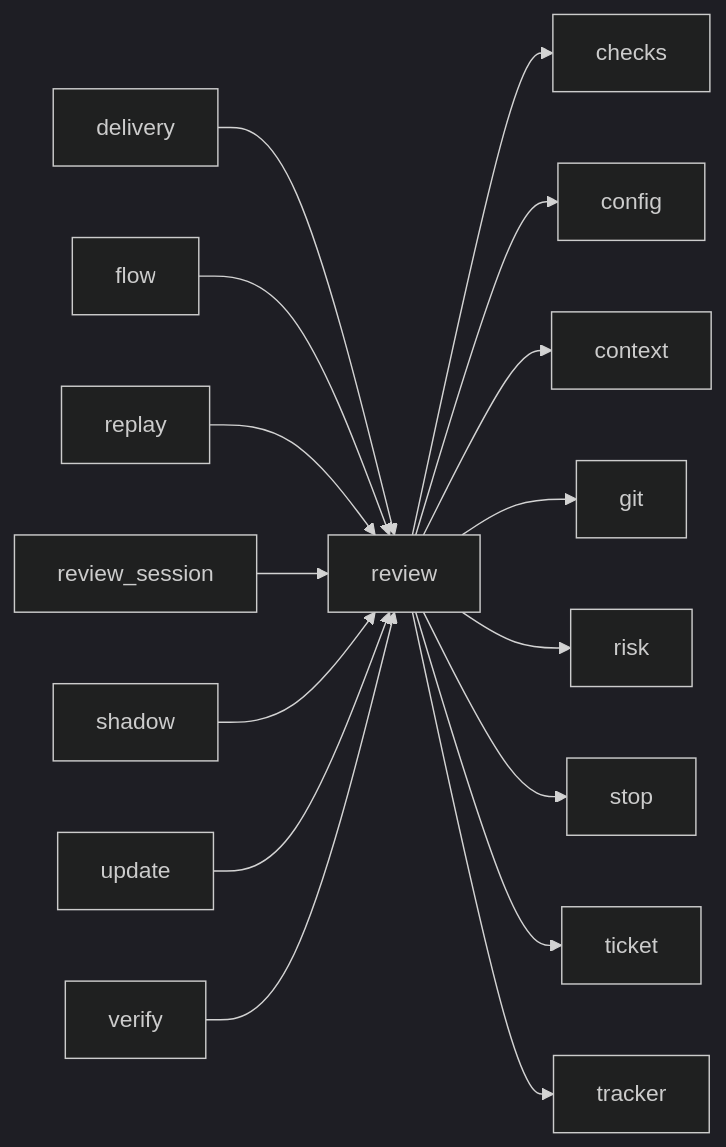
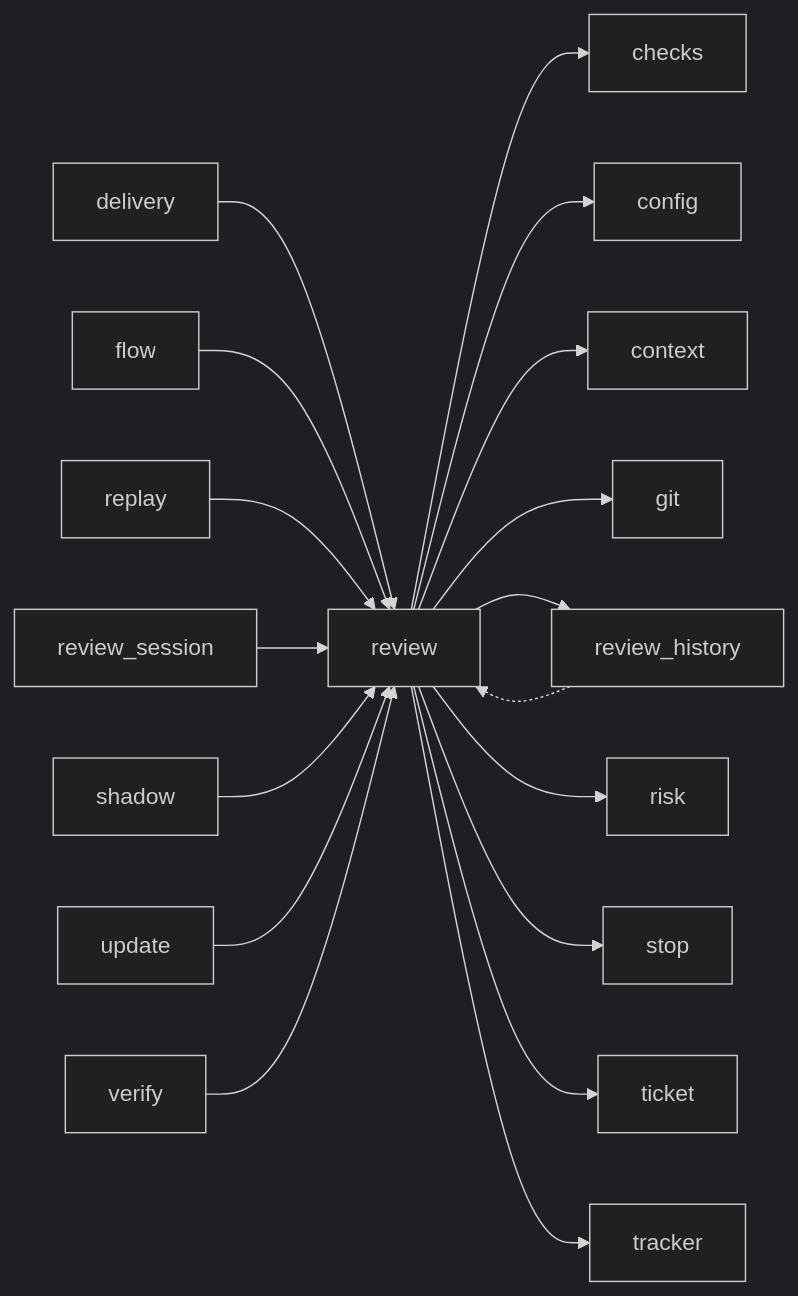
One commit to plaplanche/ariane changed the third of 3 diagrams in docs/architecture/modules/review.md. Above: the diagram before and after it, drawn with Mermaid (dark theme). The commit also changed other lines of this file and 30 other files, not shown here.

````diff
--- a/docs/architecture/modules/review.md
+++ b/docs/architecture/modules/review.md
@@ -116,18 +116,20 @@
 ```mermaid
 flowchart LR
   delivery --> review
   flow --> review
   replay --> review
   review --> checks
   review --> config
   review --> context
   review --> git
+  review --> review_history
   review --> risk
   review --> stop
   review --> ticket
   review --> tracker
+  review_history -.-> review
   review_session --> review
   shadow --> review
   update --> review
   verify --> review
 ```
````
